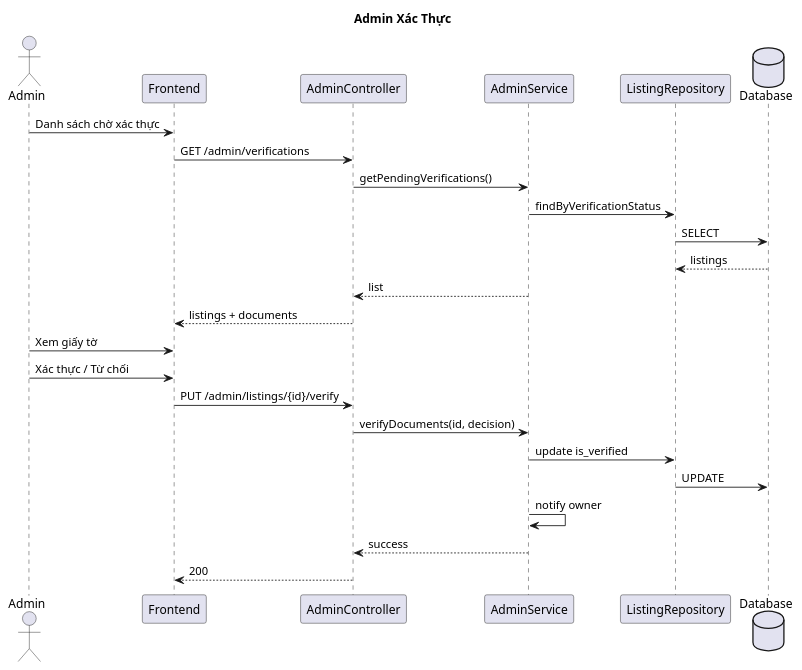
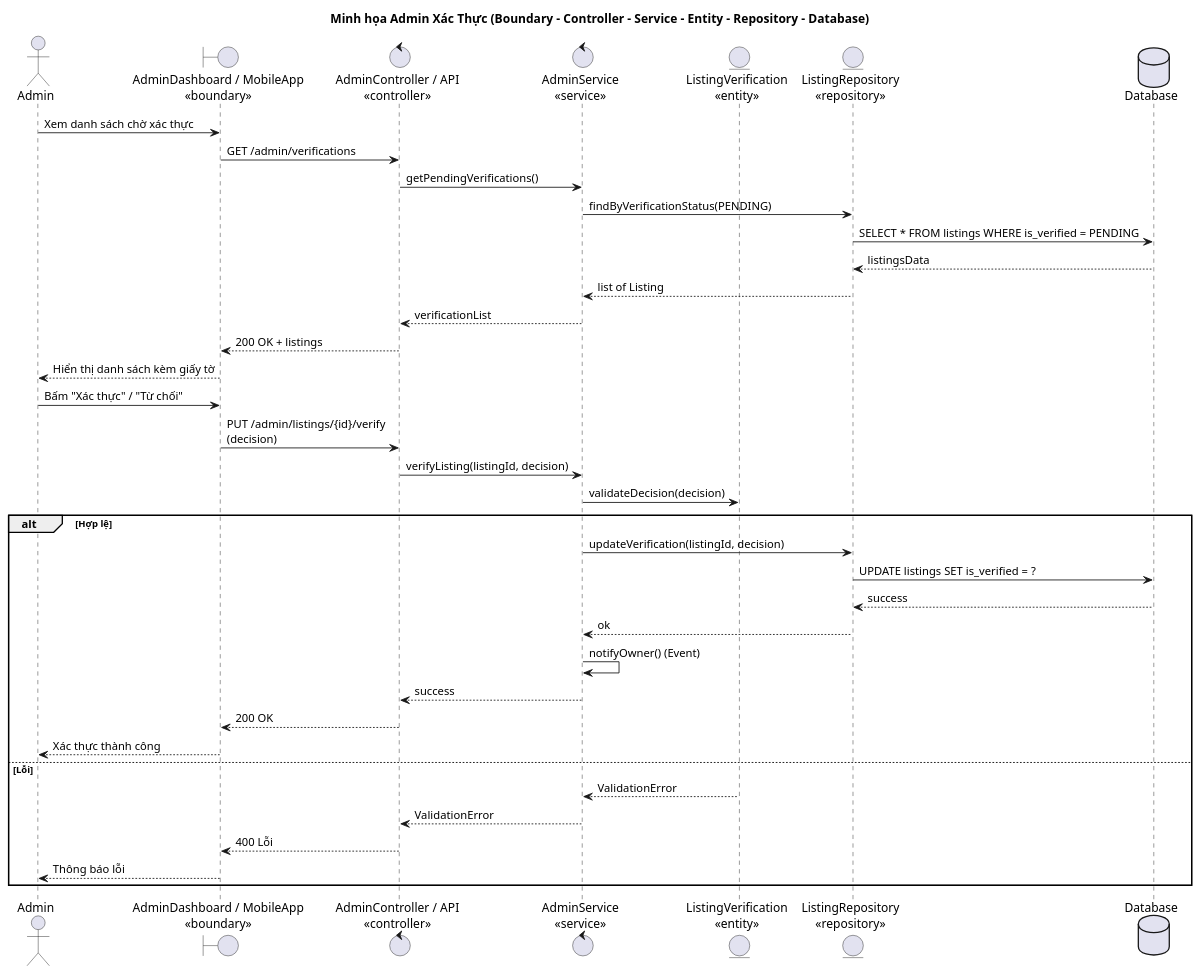
The diagram in docs/sequence-diagram-admin-xac-thuc-tin-dang.md (BuiThaiBao/Propify), drawn with PlantUML before and after one commit. The commit also changed other lines of this file and 12 other files, not shown here.

Commit message:
feat: update sequence diagrams to include detailed interactions and 3-layer architecture representation

````diff
--- a/docs/sequence-diagram-admin-xac-thuc-tin-dang.md
+++ b/docs/sequence-diagram-admin-xac-thuc-tin-dang.md
@@ -3,30 +3,43 @@
 ```plantuml
 @startuml
-title Admin Xác Thực
+title Minh họa Admin Xác Thực (Boundary - Controller - Service - Entity - Repository - Database)
 
 actor "Admin" as Admin
-participant "Frontend" as FE
-participant "AdminController" as Controller
-participant "AdminService" as Service
-participant "ListingRepository" as Repo
+boundary "AdminDashboard / MobileApp\n«boundary»" as FE
+control "AdminController / API\n«controller»" as Controller
+control "AdminService\n«service»" as Service
+entity "ListingVerification\n«entity»" as Entity
+entity "ListingRepository\n«repository»" as Repo
 database "Database" as DB
 
-Admin -> FE: Danh sách chờ xác thực
+Admin -> FE: Xem danh sách chờ xác thực
 FE -> Controller: GET /admin/verifications
 Controller -> Service: getPendingVerifications()
-Service -> Repo: findByVerificationStatus
-Repo -> DB: SELECT
-DB --> Repo: listings
-Service --> Controller: list
-Controller --> FE: listings + documents
-Admin -> FE: Xem giấy tờ
-Admin -> FE: Xác thực / Từ chối
-FE -> Controller: PUT /admin/listings/{id}/verify
-Controller -> Service: verifyDocuments(id, decision)
-Service -> Repo: update is_verified
-Repo -> DB: UPDATE
-Service -> Service: notify owner
-Service --> Controller: success
-Controller --> FE: 200
+Service -> Repo: findByVerificationStatus(PENDING)
+Repo -> DB: SELECT * FROM listings WHERE is_verified = PENDING
+DB --> Repo: listingsData
+Repo --> Service: list of Listing
+Service --> Controller: verificationList
+Controller --> FE: 200 OK + listings
+FE --> Admin: Hiển thị danh sách kèm giấy tờ
+Admin -> FE: Bấm "Xác thực" / "Từ chối"
+FE -> Controller: PUT /admin/listings/{id}/verify\n(decision)
+Controller -> Service: verifyListing(listingId, decision)
+Service -> Entity: validateDecision(decision)
+alt Hợp lệ
+  Service -> Repo: updateVerification(listingId, decision)
+  Repo -> DB: UPDATE listings SET is_verified = ?
+  DB --> Repo: success
+  Repo --> Service: ok
+  Service -> Service: notifyOwner() (Event)
+  Service --> Controller: success
+  Controller --> FE: 200 OK
+  FE --> Admin: Xác thực thành công
+else Lỗi
+  Entity --> Service: ValidationError
+  Service --> Controller: ValidationError
+  Controller --> FE: 400 Lỗi
+  FE --> Admin: Thông báo lỗi
+end
 @enduml
 ```
````
